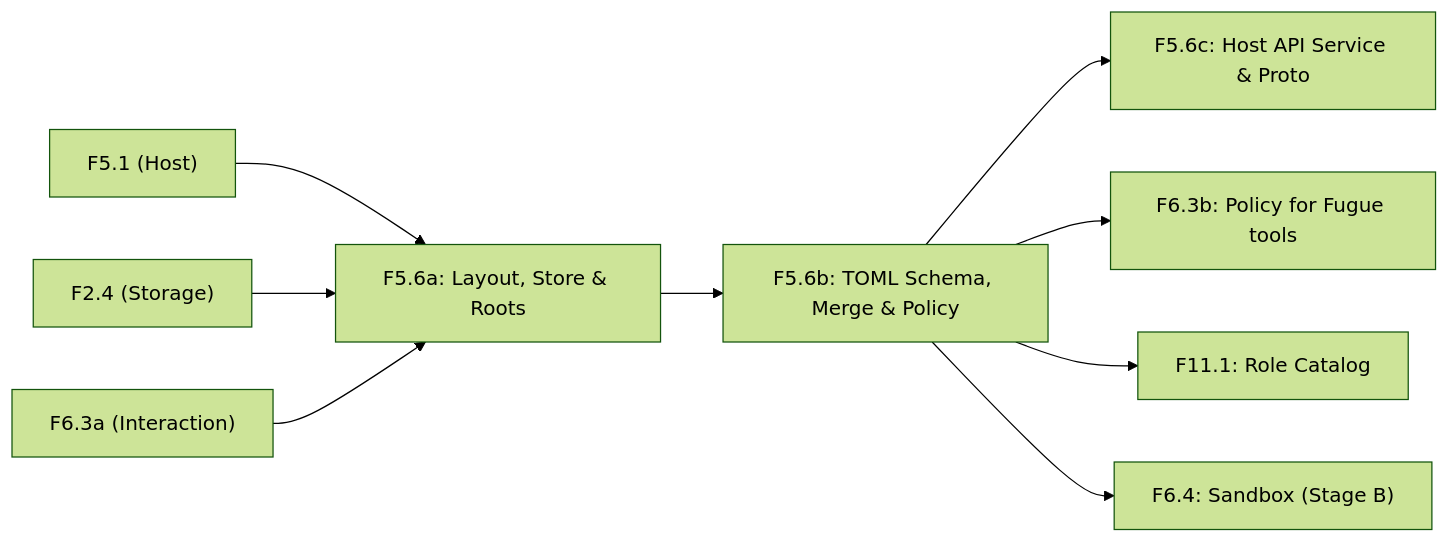
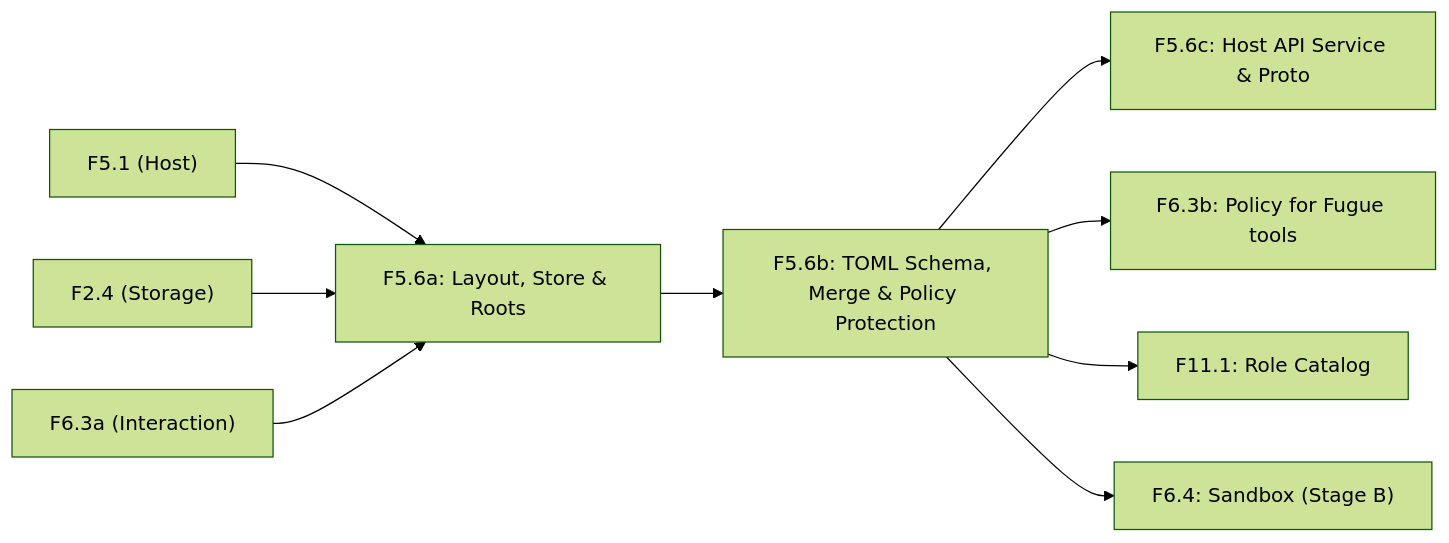
One commit to syurodev/fugue changed the diagram in docs/plans/f5.6-workspace.md. Above: the diagram before and after it, drawn with Mermaid (forest theme). The commit also changed other lines of this file and 1 other file, not shown here.

````diff
--- a/docs/plans/f5.6-workspace.md
+++ b/docs/plans/f5.6-workspace.md
@@ -227,11 +235,11 @@
 ```mermaid
 flowchart LR
     F51["F5.1 (Host)"] --> F56a["F5.6a: Layout, Store & Roots"]
     F24["F2.4 (Storage)"] --> F56a
     F63a["F6.3a (Interaction)"] --> F56a
-    F56a --> F56b["F5.6b: TOML Schema, Merge & Policy"]
+    F56a --> F56b["F5.6b: TOML Schema, Merge & Policy Protection"]
     F56b --> F56c["F5.6c: Host API Service & Proto"]
     F56b --> F63b["F6.3b: Policy for Fugue tools"]
     F56b --> F111["F11.1: Role Catalog"]
     F56b --> F64["F6.4: Sandbox (Stage B)"]
 ```
````
